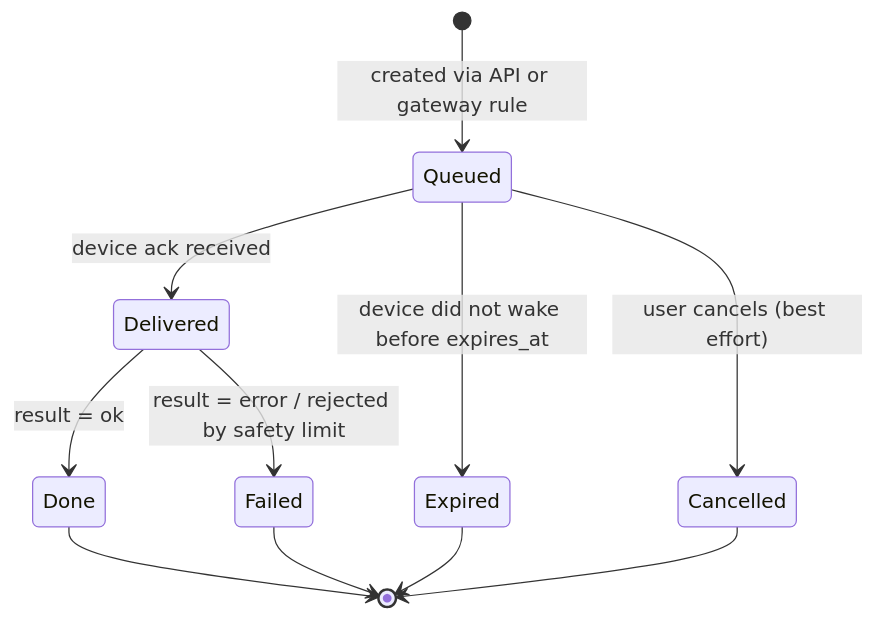
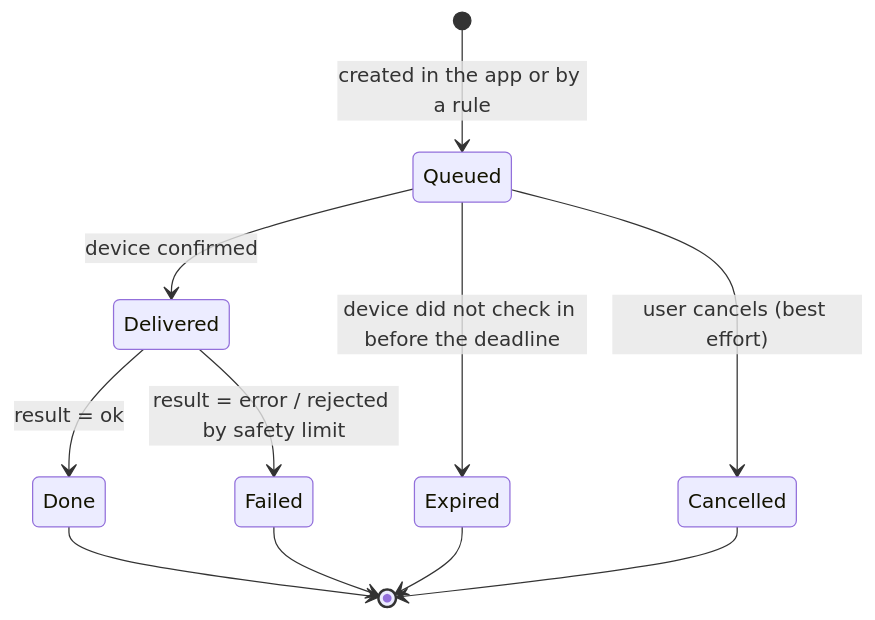
The seventh of 8 diagrams in PROJECT.md (Hansom17/MoistureController), drawn with Mermaid before and after one commit. The commit also changed other lines of this file and 504 other files, not shown here.

First line of the commit message:
Restructure into PlantModule/Gateway/Server/App and rewrite specs for the Zigbee hub design

````diff
--- a/PROJECT.md
+++ b/PROJECT.md
@@ -432,13 +285,13 @@
 ```mermaid
 stateDiagram-v2
-    [*] --> Queued: created via API or gateway rule
-    Queued --> Delivered: device ack received
-    Queued --> Expired: device did not wake before expires_at
+    [*] --> Queued: created in the app or by a rule
+    Queued --> Delivered: device confirmed
+    Queued --> Expired: device did not check in before the deadline
     Queued --> Cancelled: user cancels (best effort)
     Delivered --> Done: result = ok
     Delivered --> Failed: result = error / rejected by safety limit
     Done --> [*]
     Failed --> [*]
     Expired --> [*]
     Cancelled --> [*]
 ```
````
